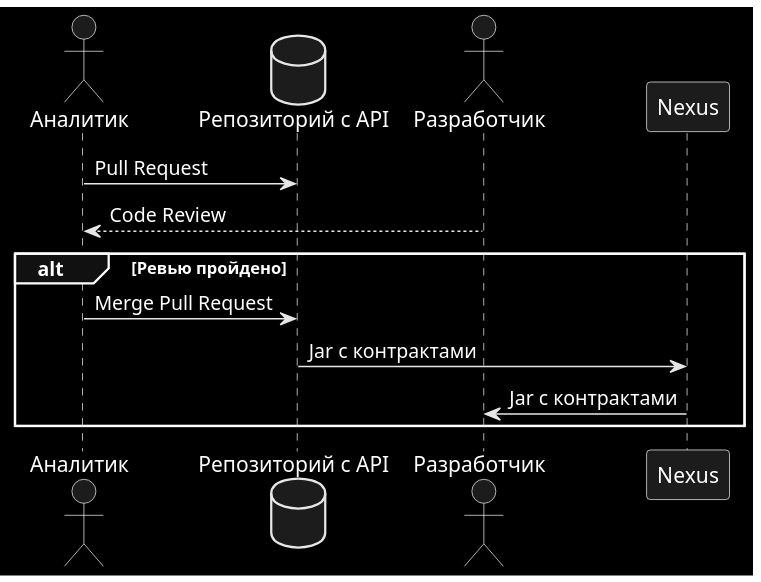
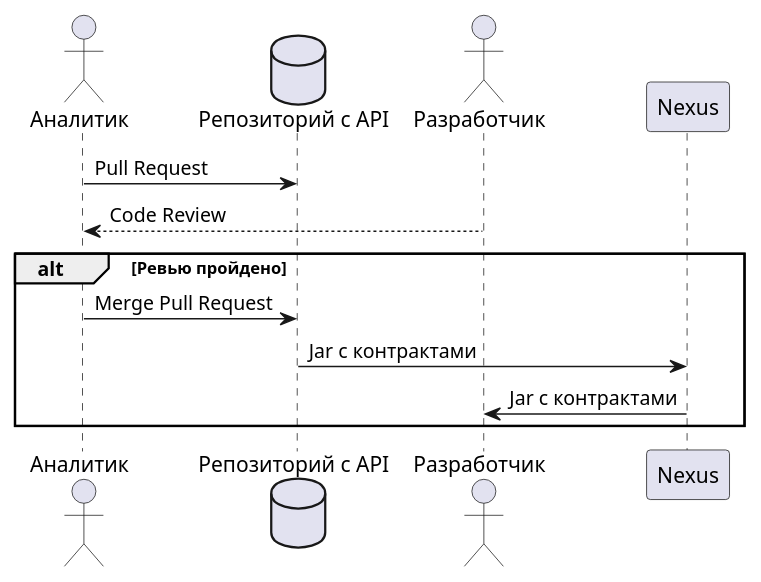
The diagram in doc/api-first-approach.puml (l3r8yJ/api-first-presentation), drawn with PlantUML before and after one commit.

```diff
--- a/doc/api-first-approach.puml
+++ b/doc/api-first-approach.puml
@@ -1,16 +1,20 @@
 @startuml
-skinparam monochrome reverse
+'skinparam monochrome true
+skinparam fontClassColor white
+skinparam component {
+  FontColor white
+}
 
 actor Аналитик as analyst
 database "Репозиторий с API" as repo
 actor Разработчик as dev
 participant Nexus as nexus
 
 analyst -> repo: Pull Request
 dev --> analyst: Code Review
 alt Ревью пройдено
 analyst -> repo: Merge Pull Request
 repo -> nexus: Jar с контрактами
 nexus -> dev: Jar с контрактами
 end
 @enduml
```
